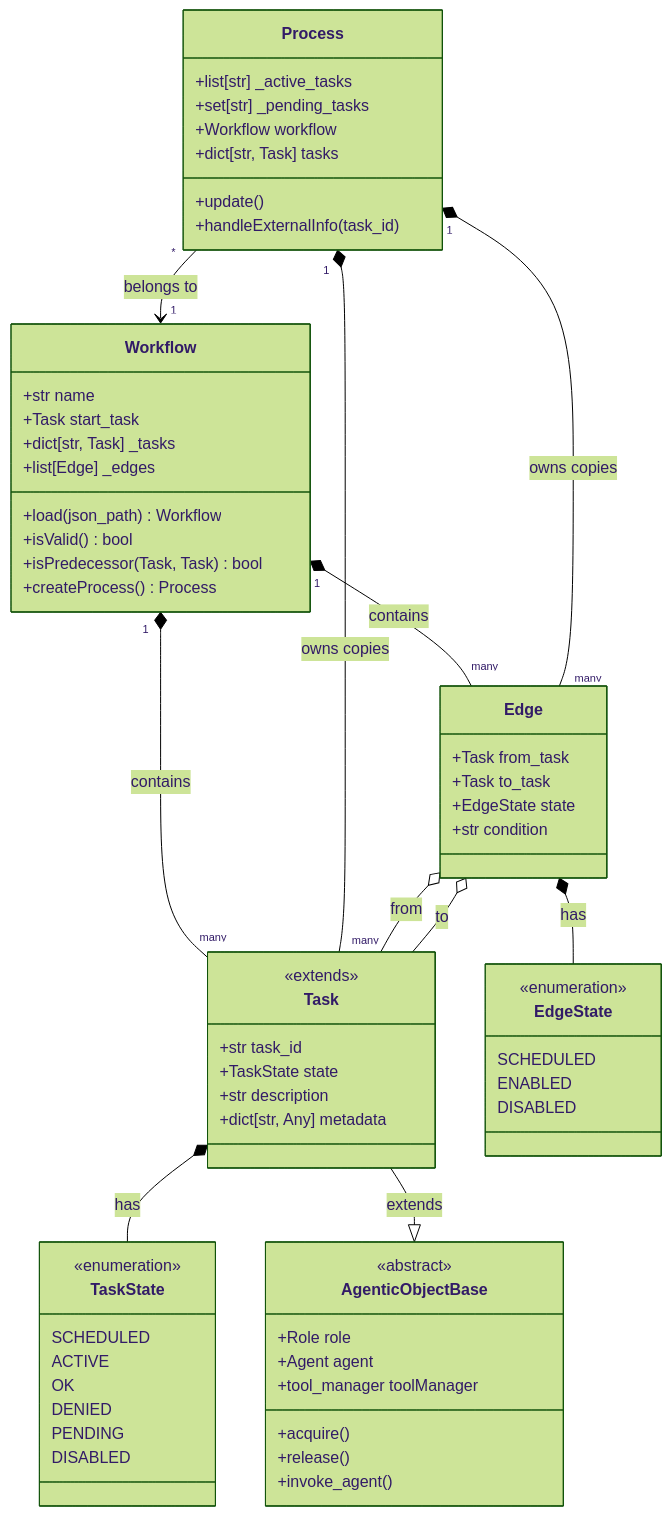
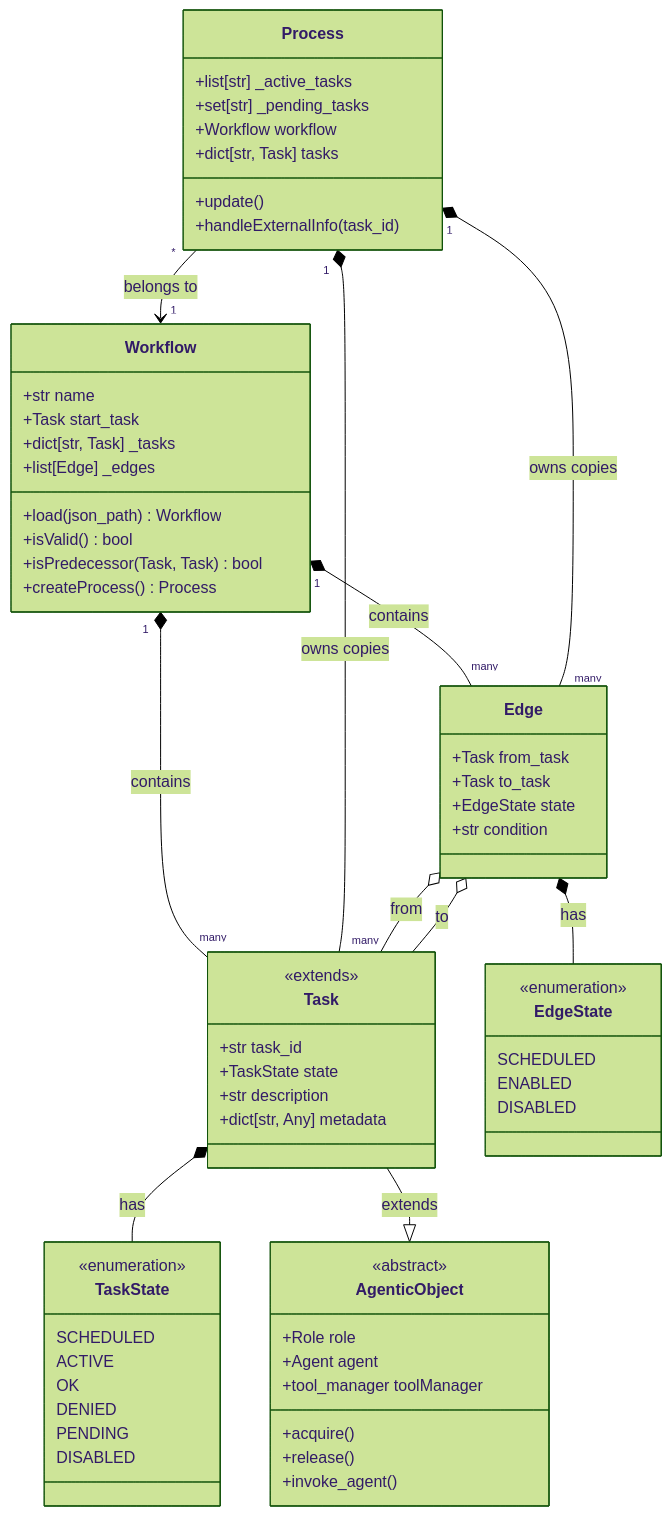
Before and after one commit to Schafer-List-Systems/peteos: the first of 3 diagrams in apps/agentic_process/docs/design.md, drawn with Mermaid (forest theme). The commit also changed other lines of this file and 55 other files, not shown here.

````diff
--- a/apps/agentic_process/docs/design.md
+++ b/apps/agentic_process/docs/design.md
@@ -9,75 +9,75 @@
 ```mermaid
 classDiagram
     class Workflow {
         +str name
         +Task start_task
         +dict[str, Task] _tasks
         +list[Edge] _edges
         +load(json_path) Workflow
         +isValid() bool
         +isPredecessor(Task, Task) bool
         +createProcess() Process
     }
 
     class Process {
         +list[str] _active_tasks
         +set[str] _pending_tasks
         +Workflow workflow
         +dict[str, Task] tasks
         +update()
         +handleExternalInfo(task_id)
     }
 
     class Task {
         <<extends>>
         +str task_id
         +TaskState state
         +str description
         +dict[str, Any] metadata
     }
 
     class Edge {
         +Task from_task
         +Task to_task
         +EdgeState state
         +str condition
     }
 
     class TaskState {
         <<enumeration>>
         SCHEDULED
         ACTIVE
         OK
         DENIED
         PENDING
         DISABLED
     }
 
     class EdgeState {
         <<enumeration>>
         SCHEDULED
         ENABLED
         DISABLED
     }
 
-    class AgenticObjectBase {
+    class AgenticObject {
         <<abstract>>
         +Role role
         +Agent agent
         +tool_manager toolManager
         +acquire()
         +release()
         +invoke_agent()
     }
 
     Workflow "1" *-- "many" Task : contains
     Workflow "1" *-- "many" Edge : contains
     Process "1" *-- "many" Task : owns copies
     Process "1" *-- "many" Edge : owns copies
     Process "*" --> "1" Workflow : belongs to
     Task *-- TaskState : has
     Edge o-- Task : from
     Edge o-- Task : to
     Edge *-- EdgeState : has
-    Task --|> AgenticObjectBase : extends
+    Task --|> AgenticObject : extends
 ```
````
